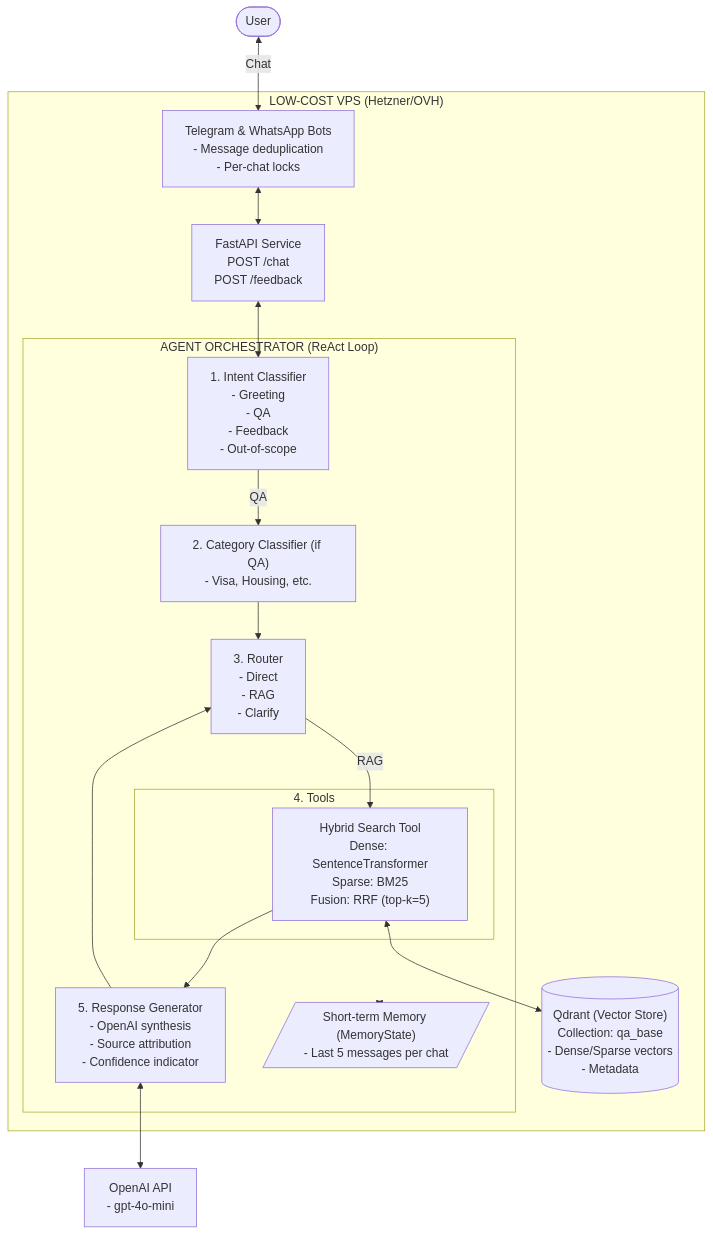
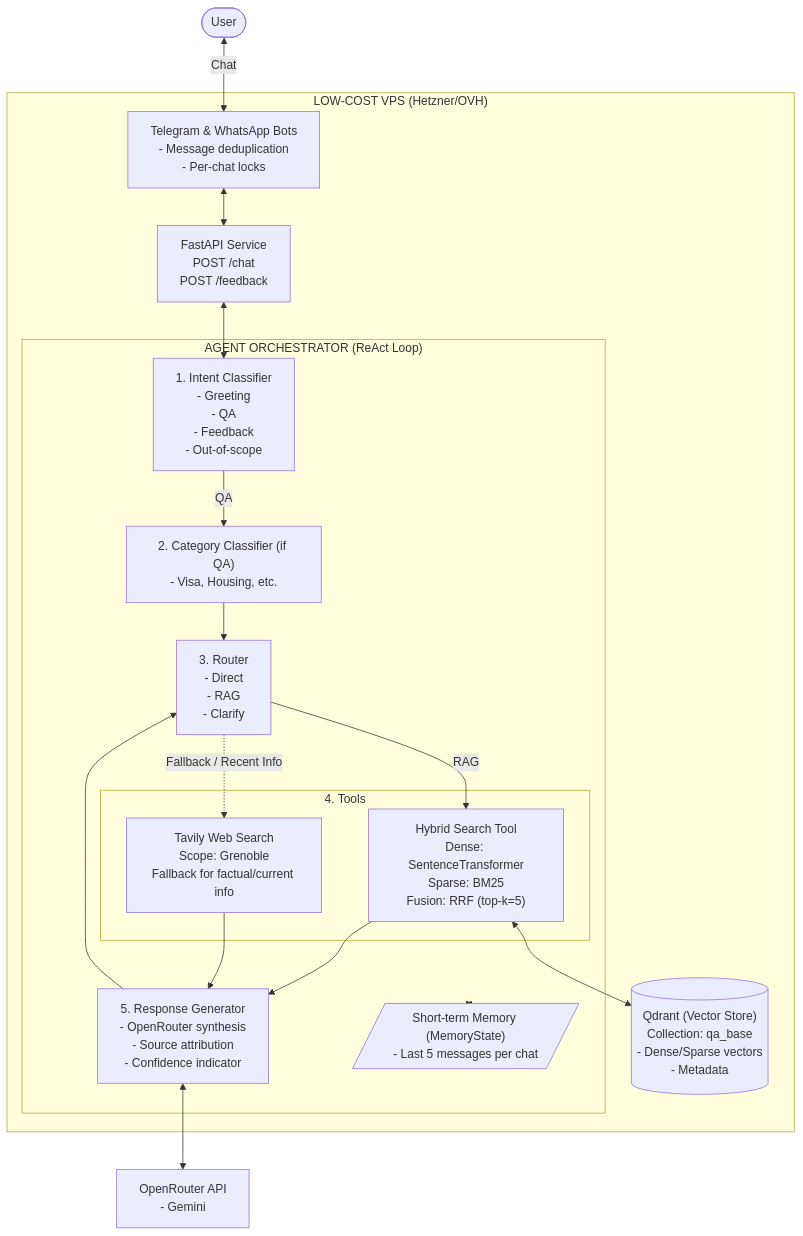
The first of 5 diagrams in docs/ARCHITECTURE.md (jooaobrum/habitantes-grenoble-agent), drawn with Mermaid before and after one commit. The commit also changed other lines of this file and 9 other files, not shown here.

````diff
--- a/docs/ARCHITECTURE.md
+++ b/docs/ARCHITECTURE.md
@@ -9,39 +9,42 @@
 ```mermaid
 flowchart TD
     User([User])
 
     subgraph VPS["LOW-COST VPS (Hetzner/OVH)"]
         TG["Telegram & WhatsApp Bots<br>- Message deduplication<br>- Per-chat locks"]
         API["FastAPI Service<br>POST /chat<br>POST /feedback"]
 
         subgraph Agent["AGENT ORCHESTRATOR (ReAct Loop)"]
             Intent["1. Intent Classifier<br>- Greeting<br>- QA<br>- Feedback<br>- Out-of-scope"]
             Category["2. Category Classifier (if QA)<br>- Visa, Housing, etc."]
             Router["3. Router<br>- Direct<br>- RAG<br>- Clarify"]
 
             subgraph Tools["4. Tools"]
                 Search["Hybrid Search Tool<br>Dense: SentenceTransformer<br>Sparse: BM25<br>Fusion: RRF (top-k=5)"]
+                WebSearch["Tavily Web Search<br>Scope: Grenoble<br>Fallback for factual/current info"]
             end
 
-            Gen["5. Response Generator<br>- OpenAI synthesis<br>- Source attribution<br>- Confidence indicator"]
+            Gen["5. Response Generator<br>- OpenRouter synthesis<br>- Source attribution<br>- Confidence indicator"]
             Memory[/"Short-term Memory (MemoryState)<br>- Last 5 messages per chat"/]
         end
 
         DB[("Qdrant (Vector Store)<br>Collection: qa_base<br>- Dense/Sparse vectors<br>- Metadata")]
     end
 
-    OAI["OpenAI API<br>- gpt-4o-mini"]
+    OAI["OpenRouter API<br>- Gemini"]
 
     User <-->|Chat| TG
     TG <--> API
     API <--> Intent
     Intent -->|QA| Category
     Category --> Router
     Router -->|RAG| Search
+    Router -.->|Fallback / Recent Info| WebSearch
     Search --> Gen
+    WebSearch --> Gen
     Gen --> Router
 
     Search <--> DB
     Gen <--> OAI
     Agent <--> Memory
 ```
````
